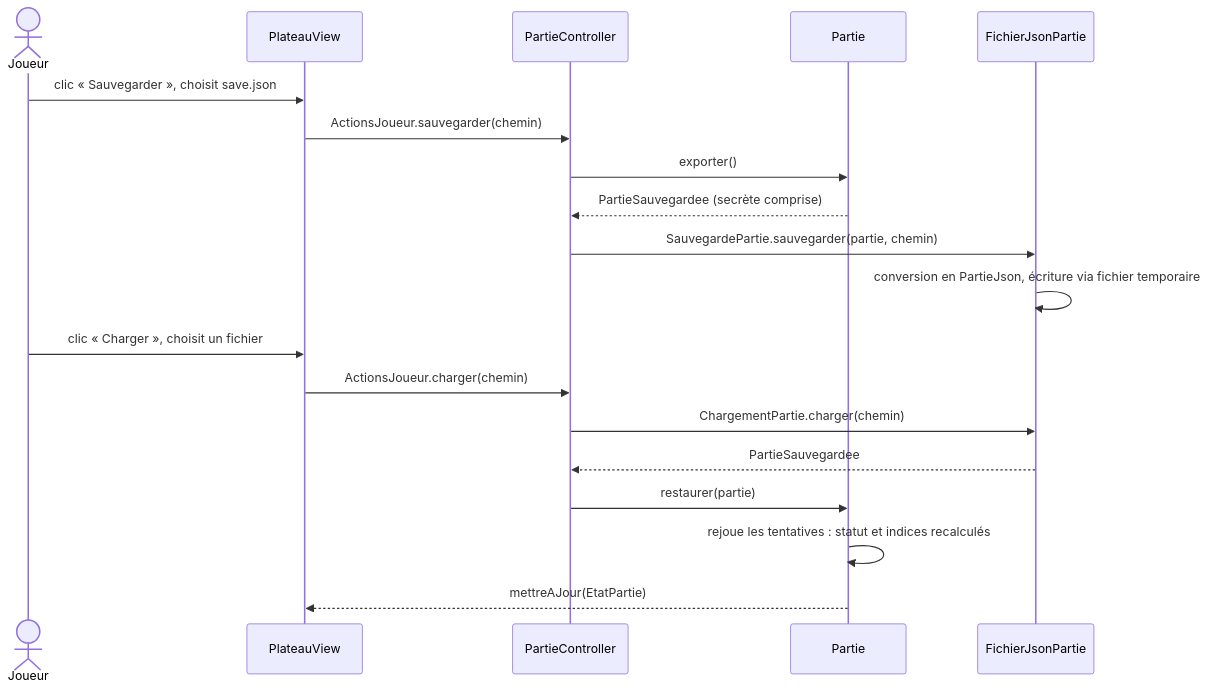
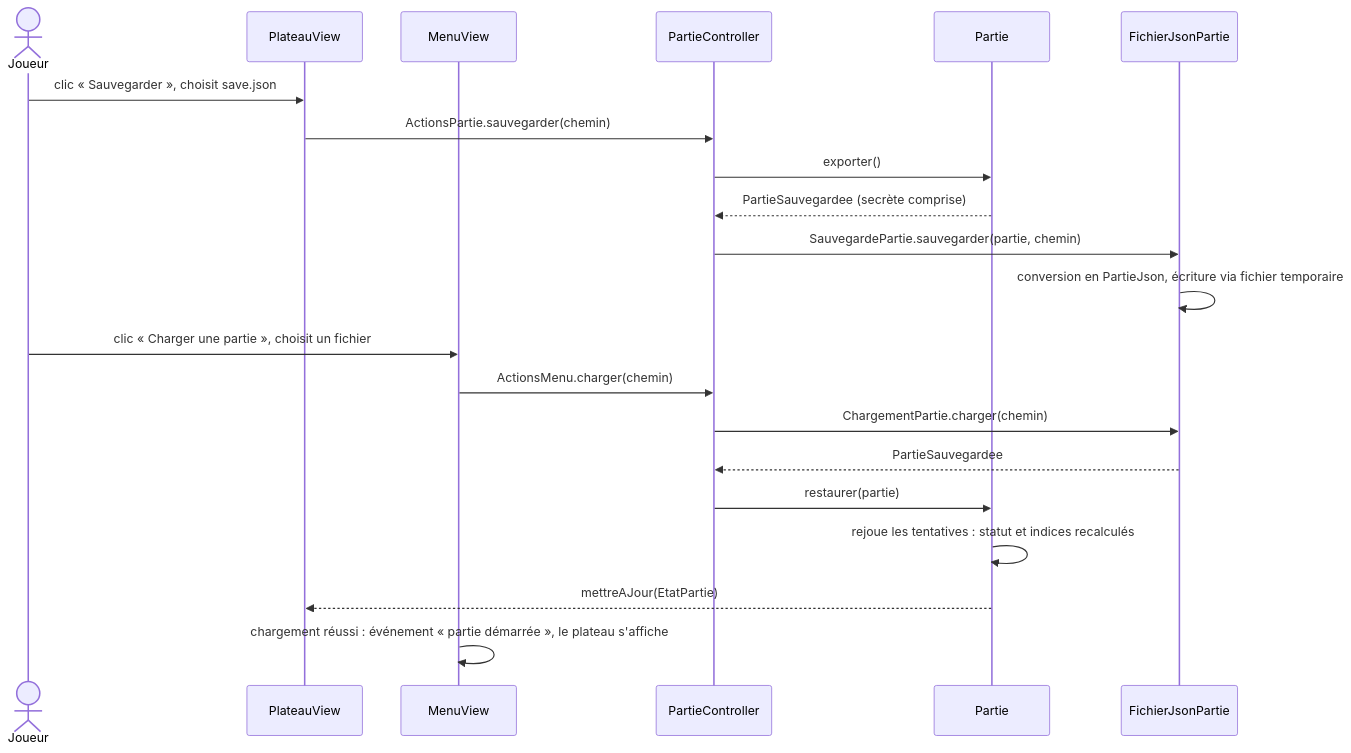
Before and after one commit to Yorobro/Mastermind: the fourth of 4 diagrams in README.md, drawn with Mermaid. The commit also changed other lines of this file, not shown here.

````diff
--- a/README.md
+++ b/README.md
@@ -199,23 +246,25 @@
 ```mermaid
 sequenceDiagram
     actor Joueur
-    participant V as PlateauView
+    participant P as PlateauView
+    participant A as MenuView
     participant C as PartieController
     participant M as Partie
     participant D as FichierJsonPartie
 
-    Joueur->>V: clic « Sauvegarder », choisit save.json
-    V->>C: ActionsJoueur.sauvegarder(chemin)
+    Joueur->>P: clic « Sauvegarder », choisit save.json
+    P->>C: ActionsPartie.sauvegarder(chemin)
     C->>M: exporter()
     M-->>C: PartieSauvegardee (secrète comprise)
     C->>D: SauvegardePartie.sauvegarder(partie, chemin)
     D->>D: conversion en PartieJson, écriture via fichier temporaire
 
-    Joueur->>V: clic « Charger », choisit un fichier
-    V->>C: ActionsJoueur.charger(chemin)
+    Joueur->>A: clic « Charger une partie », choisit un fichier
+    A->>C: ActionsMenu.charger(chemin)
     C->>D: ChargementPartie.charger(chemin)
     D-->>C: PartieSauvegardee
     C->>M: restaurer(partie)
     M->>M: rejoue les tentatives : statut et indices recalculés
-    M-->>V: mettreAJour(EtatPartie)
+    M-->>P: mettreAJour(EtatPartie)
+    A->>A: chargement réussi : événement « partie démarrée », le plateau s'affiche
 ```
````
